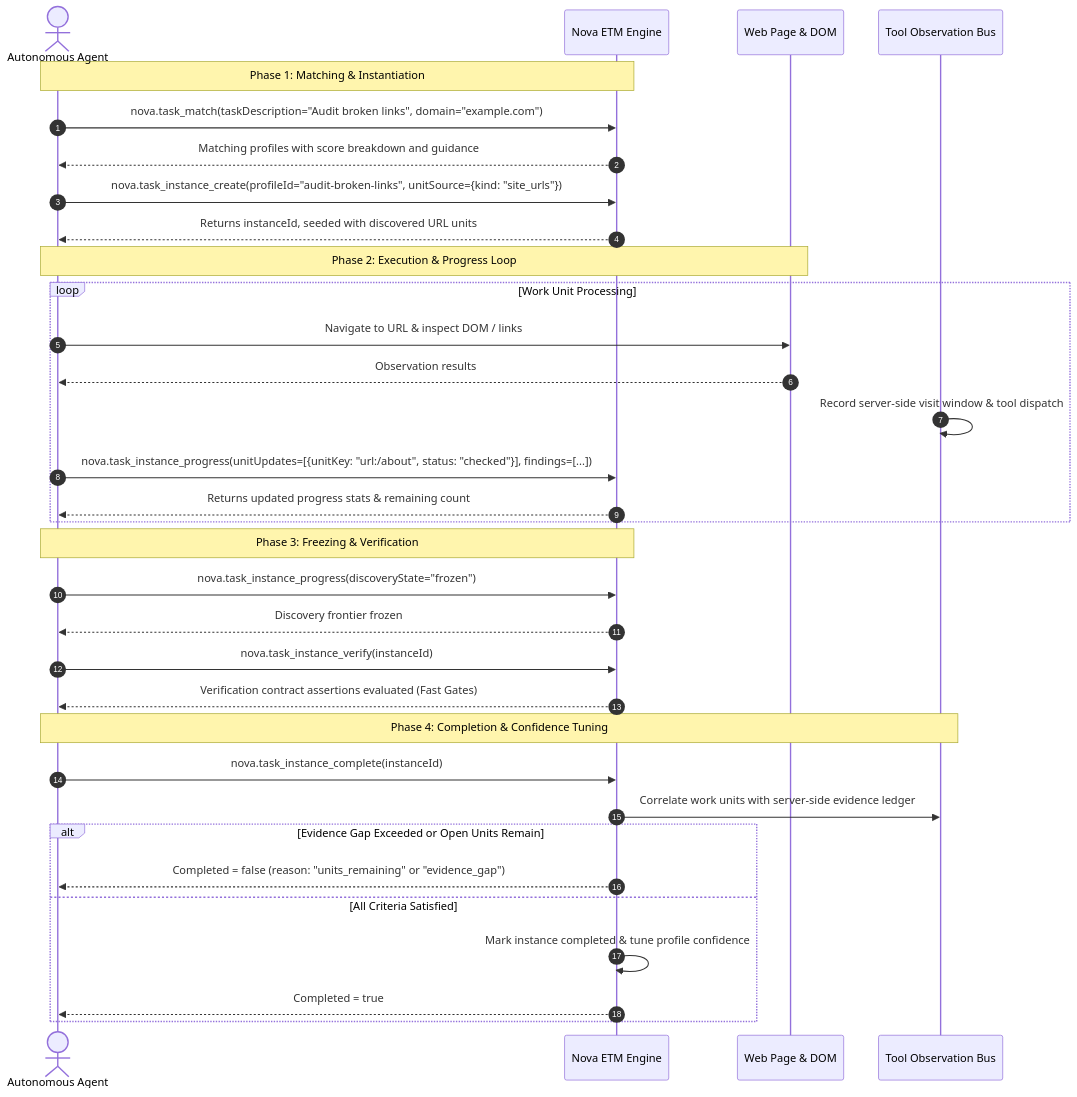
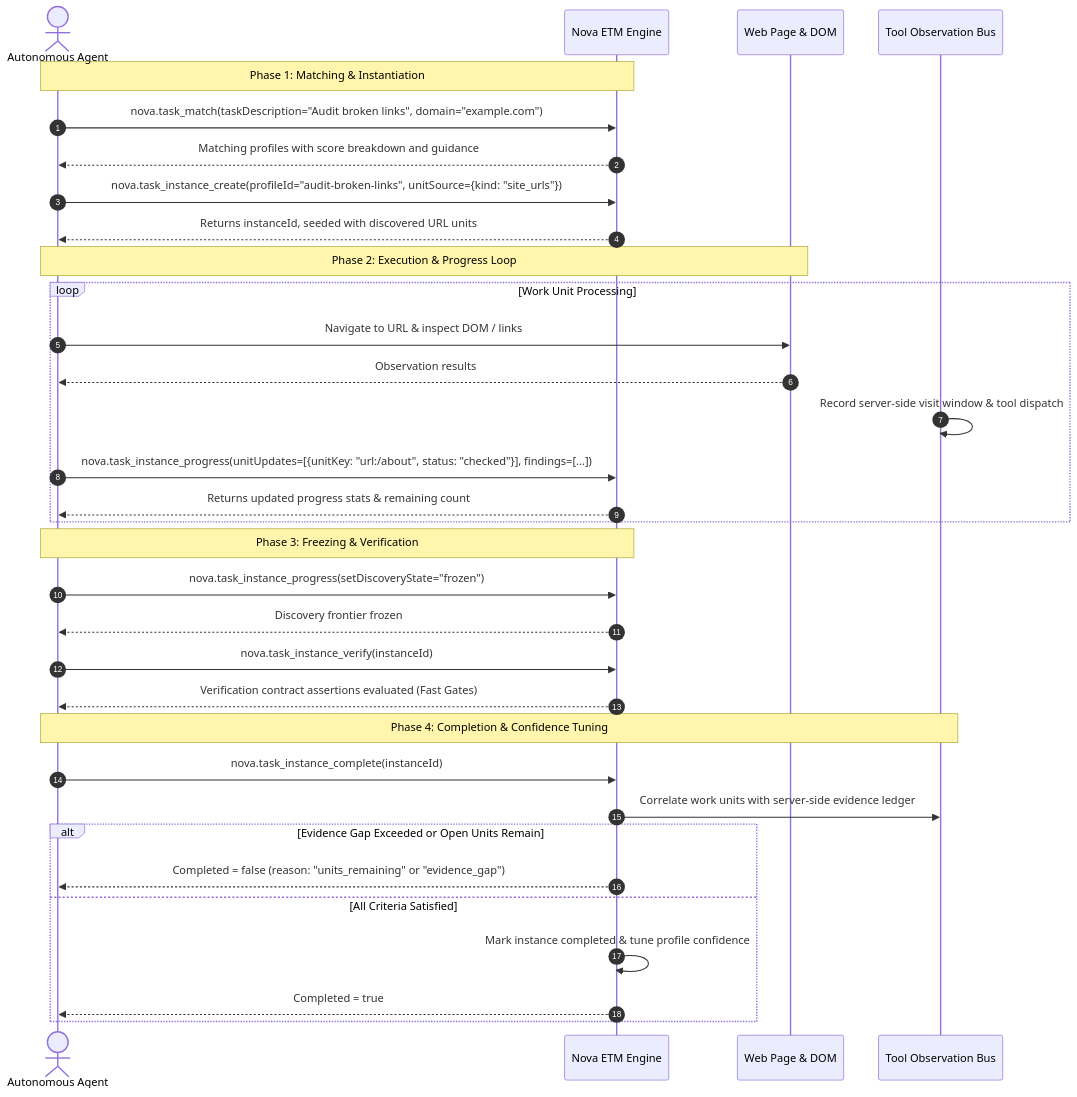
Before and after one commit to joelaniol/nova: the second of 2 diagrams in docs/core-features/learning/episodic-task-memory-etm/README.md, drawn with Mermaid. The commit also changed 27 other files, not shown here.

Commit message:
docs(scheduled-tasks): expand architecture reference with triggers, executors, and workspaces

````diff
--- a/docs/core-features/learning/episodic-task-memory-etm/README.md
+++ b/docs/core-features/learning/episodic-task-memory-etm/README.md
@@ -83,39 +83,39 @@
 ```mermaid
 sequenceDiagram
     autonumber
     actor Agent as Autonomous Agent
     participant Hub as Nova ETM Engine
     participant Browser as Web Page & DOM
     participant TOB as Tool Observation Bus
 
     Note over Agent,Hub: Phase 1: Matching & Instantiation
     Agent->>Hub: nova.task_match(taskDescription="Audit broken links", domain="example.com")
     Hub-->>Agent: Matching profiles with score breakdown and guidance
     Agent->>Hub: nova.task_instance_create(profileId="audit-broken-links", unitSource={kind: "site_urls"})
     Hub-->>Agent: Returns instanceId, seeded with discovered URL units
 
     Note over Agent,Browser: Phase 2: Execution & Progress Loop
     loop Work Unit Processing
         Agent->>Browser: Navigate to URL & inspect DOM / links
         Browser-->>Agent: Observation results
         TOB->>TOB: Record server-side visit window & tool dispatch
         Agent->>Hub: nova.task_instance_progress(unitUpdates=[{unitKey: "url:/about", status: "checked"}], findings=[...])
         Hub-->>Agent: Returns updated progress stats & remaining count
     end
 
     Note over Agent,Hub: Phase 3: Freezing & Verification
-    Agent->>Hub: nova.task_instance_progress(discoveryState="frozen")
+    Agent->>Hub: nova.task_instance_progress(setDiscoveryState="frozen")
     Hub-->>Agent: Discovery frontier frozen
     Agent->>Hub: nova.task_instance_verify(instanceId)
     Hub-->>Agent: Verification contract assertions evaluated (Fast Gates)
 
     Note over Agent,TOB: Phase 4: Completion & Confidence Tuning
     Agent->>Hub: nova.task_instance_complete(instanceId)
     Hub->>TOB: Correlate work units with server-side evidence ledger
     alt Evidence Gap Exceeded or Open Units Remain
         Hub-->>Agent: Completed = false (reason: "units_remaining" or "evidence_gap")
     else All Criteria Satisfied
         Hub->>Hub: Mark instance completed & tune profile confidence
         Hub-->>Agent: Completed = true
     end
 ```
````
